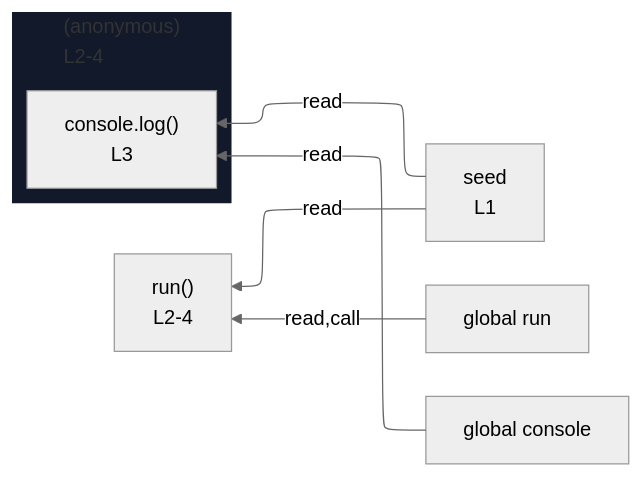
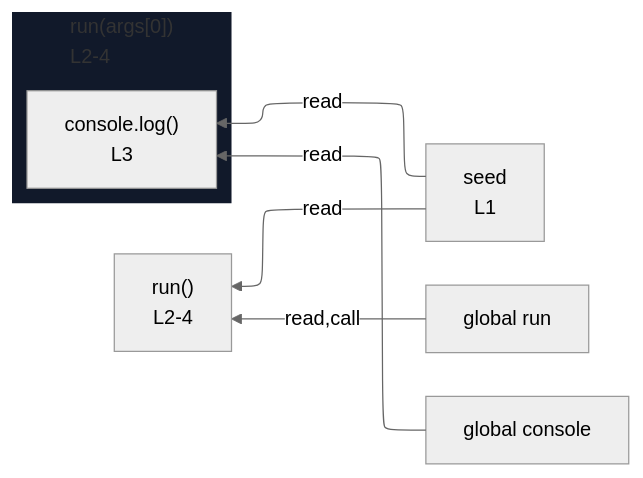
The diagram in integration/fixtures/expression-statement/call-with-callback-and-array/preview.md (crescware/unsnarl), drawn with Mermaid (neutral theme) before and after one commit. The commit also changed 36 other files, not shown here.

````diff
--- a/integration/fixtures/expression-statement/call-with-callback-and-array/preview.md
+++ b/integration/fixtures/expression-statement/call-with-callback-and-array/preview.md
@@ -14,18 +14,18 @@
 ```mermaid
 %%{init: {"flowchart": {"defaultRenderer": "elk"}}}%%
 flowchart RL
   n_scope_0_seed_6["seed<br/>L1"]
   n_scope_0_run_17["global run"]
   n_scope_0_console_31["global console"]
-  subgraph s_scope_1["(anonymous)<br/>L2-4"]
+  subgraph s_scope_1["run(args[0])<br/>L2-4"]
     direction RL
     expr_stmt_31["console.log()<br/>L3"]
   end
   n_scope_0_run_17 -->|read,call| expr_stmt_17
   n_scope_0_console_31 -->|read| expr_stmt_31
   n_scope_0_seed_6 -->|read| expr_stmt_31
   n_scope_0_seed_6 -->|read| expr_stmt_17
   expr_stmt_17["run()<br/>L2-4"]
   classDef nestL1 fill:#11192a,stroke:transparent;
   class s_scope_1 nestL1;
 ```
````
